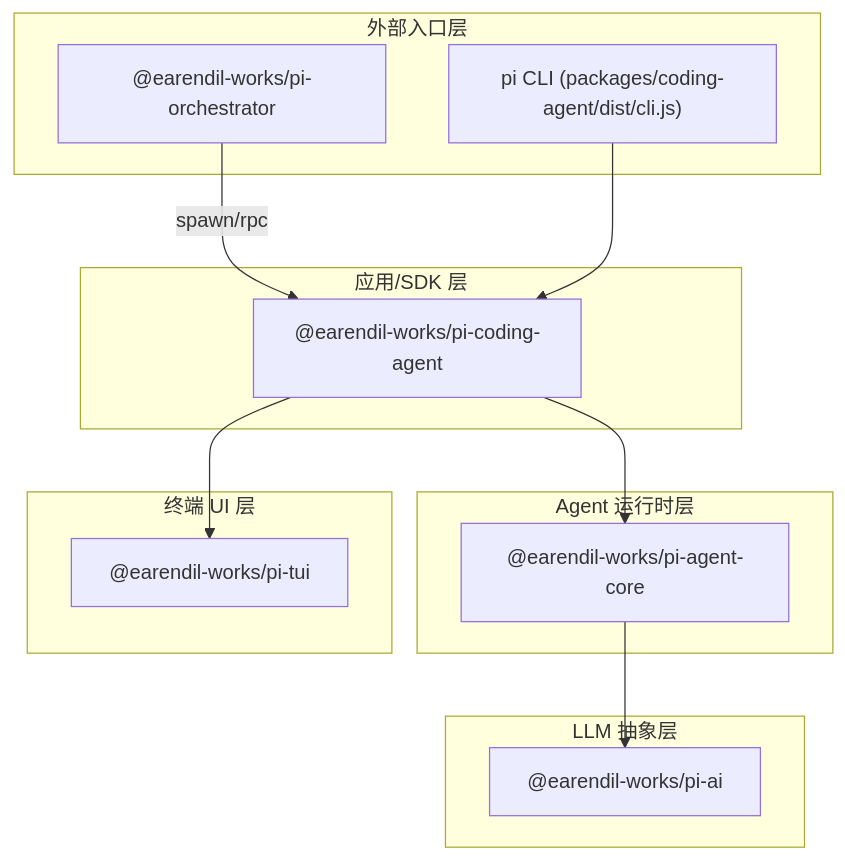
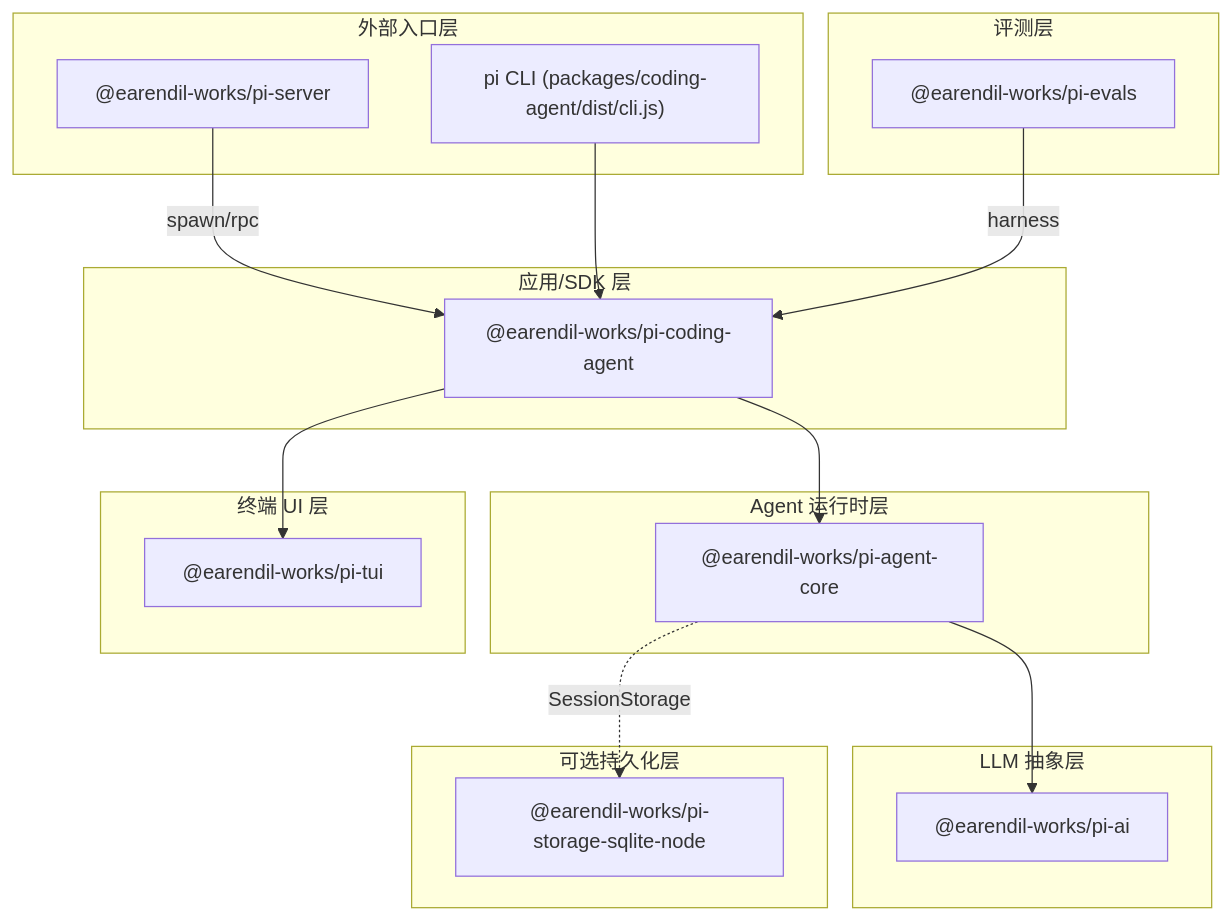
One commit to jefby/pi changed the second of 7 diagrams in docs/architecture.md. Above: the diagram before and after it, drawn with Mermaid. The commit also changed other lines of this file, not shown here.

Commit message:
docs: update architecture.md to reflect current package structure

````diff
--- a/docs/architecture.md
+++ b/docs/architecture.md
@@ -62,29 +76,39 @@
 ```mermaid
 flowchart TB
-    subgraph Layer5["外部入口层"]
-        OrchestratorPkg["@earendil-works/pi-orchestrator"]
+    subgraph Layer7["外部入口层"]
+        ServerPkg["@earendil-works/pi-server"]
         CodingAgentCli["pi CLI (packages/coding-agent/dist/cli.js)"]
     end
 
-    subgraph Layer4["应用/SDK 层"]
+    subgraph Layer6["应用/SDK 层"]
         CodingAgent["@earendil-works/pi-coding-agent"]
     end
 
-    subgraph Layer3["Agent 运行时层"]
+    subgraph Layer5["Agent 运行时层"]
         AgentCore["@earendil-works/pi-agent-core"]
     end
 
-    subgraph Layer2["LLM 抽象层"]
+    subgraph Layer4["LLM 抽象层"]
         AI["@earendil-works/pi-ai"]
     end
 
-    subgraph Layer1["终端 UI 层"]
+    subgraph Layer3["终端 UI 层"]
         TUI["@earendil-works/pi-tui"]
     end
 
-    OrchestratorPkg -->|spawn/rpc| CodingAgent
+    subgraph Layer2["可选持久化层"]
+        Storage["@earendil-works/pi-storage-sqlite-node"]
+    end
+
+    subgraph Layer1["评测层"]
+        Evals["@earendil-works/pi-evals"]
+    end
+
+    ServerPkg -->|spawn/rpc| CodingAgent
     CodingAgentCli --> CodingAgent
     CodingAgent --> AgentCore
     CodingAgent --> TUI
     AgentCore --> AI
+    AgentCore -.->|SessionStorage| Storage
+    Evals -->|harness| CodingAgent
 ```
````
